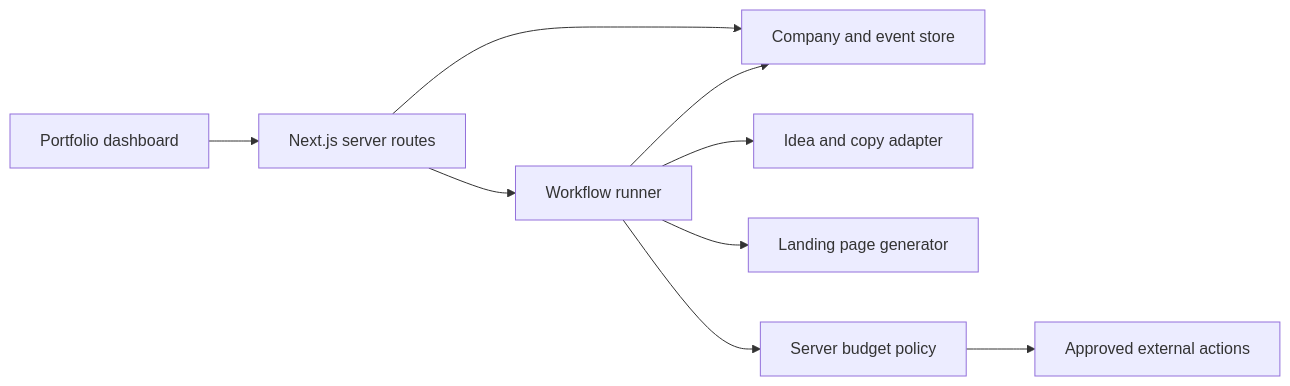
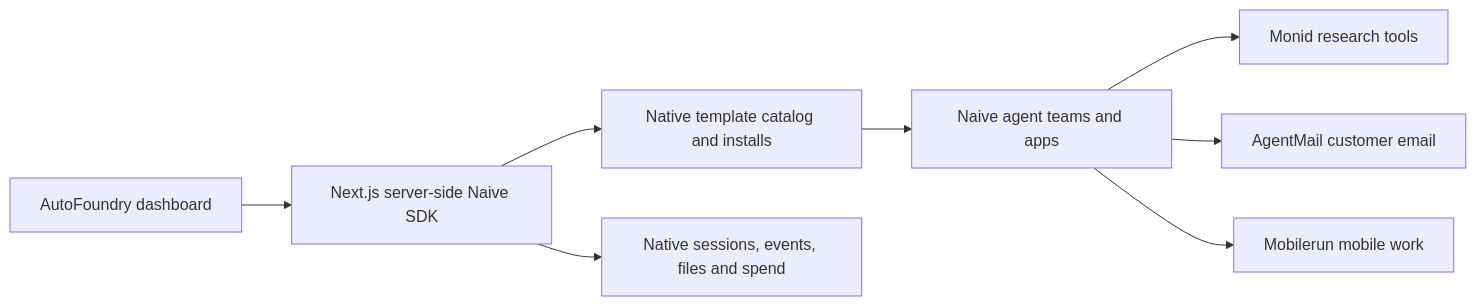
Before and after one commit to MateoPedro/autofoundry: the diagram in docs/mvp-plan.md, drawn with Mermaid. The commit also changed other lines of this file and 6 other files, not shown here.

Commit message:
Review SDK-first low-code Naive integration plan with Claude

````diff
--- a/docs/mvp-plan.md
+++ b/docs/mvp-plan.md
@@ -15,11 +13,10 @@
 ```mermaid
 flowchart LR
-  A[Portfolio dashboard] --> B[Next.js server routes]
-  B --> C[Company and event store]
-  B --> D[Workflow runner]
-  D --> E[Idea and copy adapter]
-  D --> F[Landing page generator]
-  D --> G[Server budget policy]
-  G --> H[Approved external actions]
-  D --> C
+  A[AutoFoundry dashboard] --> B[Next.js server-side Naive SDK]
+  B --> C[Native template catalog and installs]
+  B --> D[Native sessions, events, files and spend]
+  C --> E[Naive agent teams and apps]
+  E --> F[Monid research tools]
+  E --> G[AgentMail customer email]
+  E --> H[Mobilerun mobile work]
 ```
````
